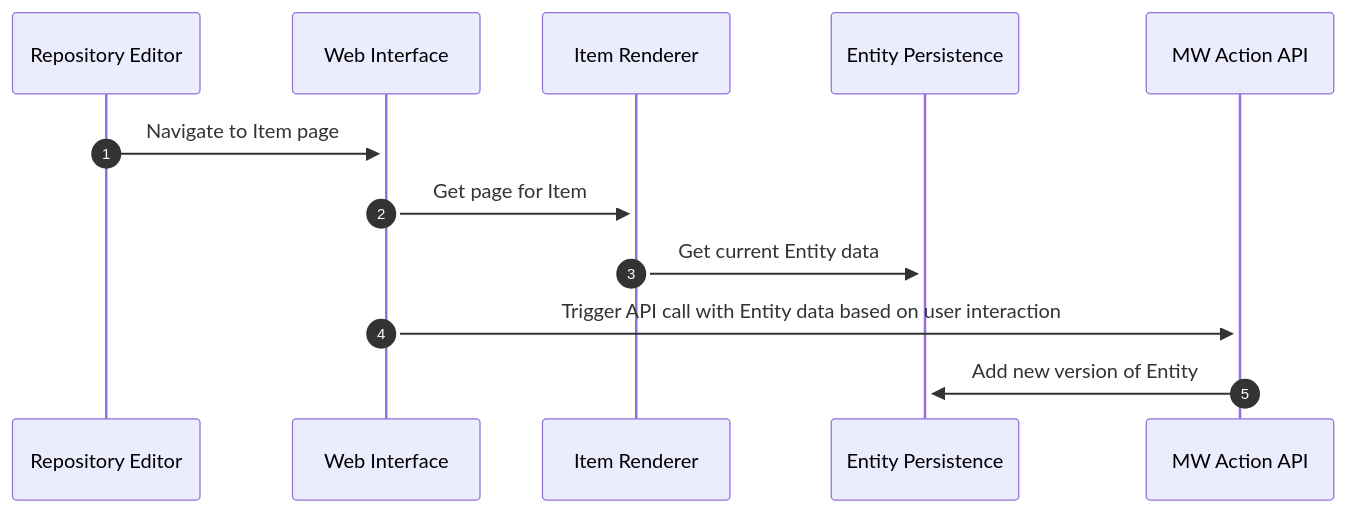
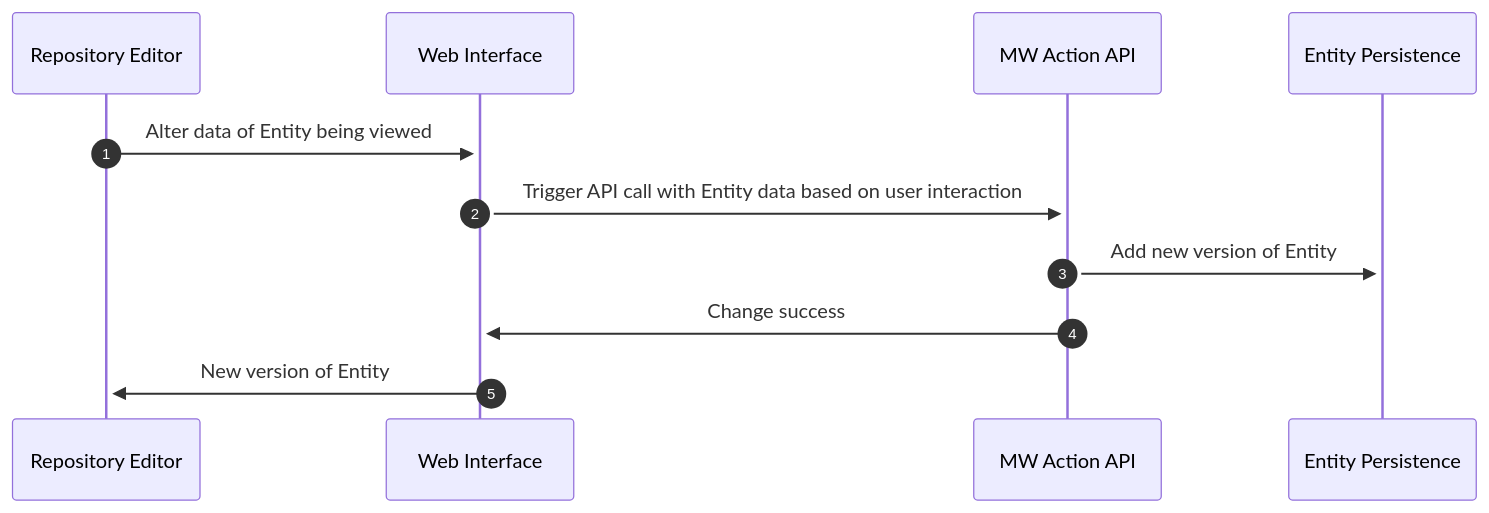
The second of 3 diagrams in systems/WikibaseRepo/06-Runtime_View.md (wmde/wikidata-wikibase-architecture), drawn with Mermaid before and after one commit. The commit also changed other lines of this file and 8 other files, not shown here.

````diff
--- a/systems/WikibaseRepo/06-Runtime_View.md
+++ b/systems/WikibaseRepo/06-Runtime_View.md
@@ -7,11 +23,11 @@
 ```mermaid
 sequenceDiagram
     autonumber
     participant Repository Editor
     participant Web Interface
-    Repository Editor->>+Web Interface: Navigate to Item page
-    Web Interface->>+Item Renderer: Get page for Item
-    Item Renderer->>+Entity Persistence: Get current Entity data
+    Repository Editor->>+Web Interface: Alter data of Entity being viewed
     Web Interface->>+MW Action API: Trigger API call with Entity data based on user interaction
     MW Action API->>+Entity Persistence: Add new version of Entity
+    MW Action API->>+Web Interface: Change success
+    Web Interface->>+Repository Editor: New version of Entity
 ```
````
